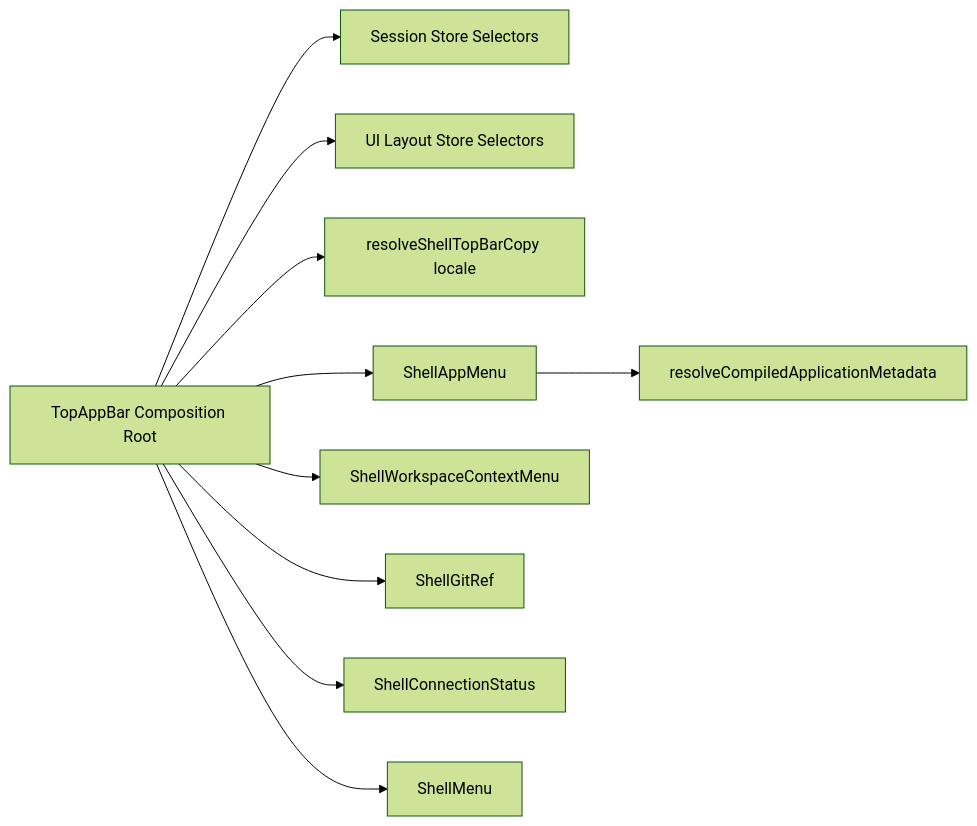
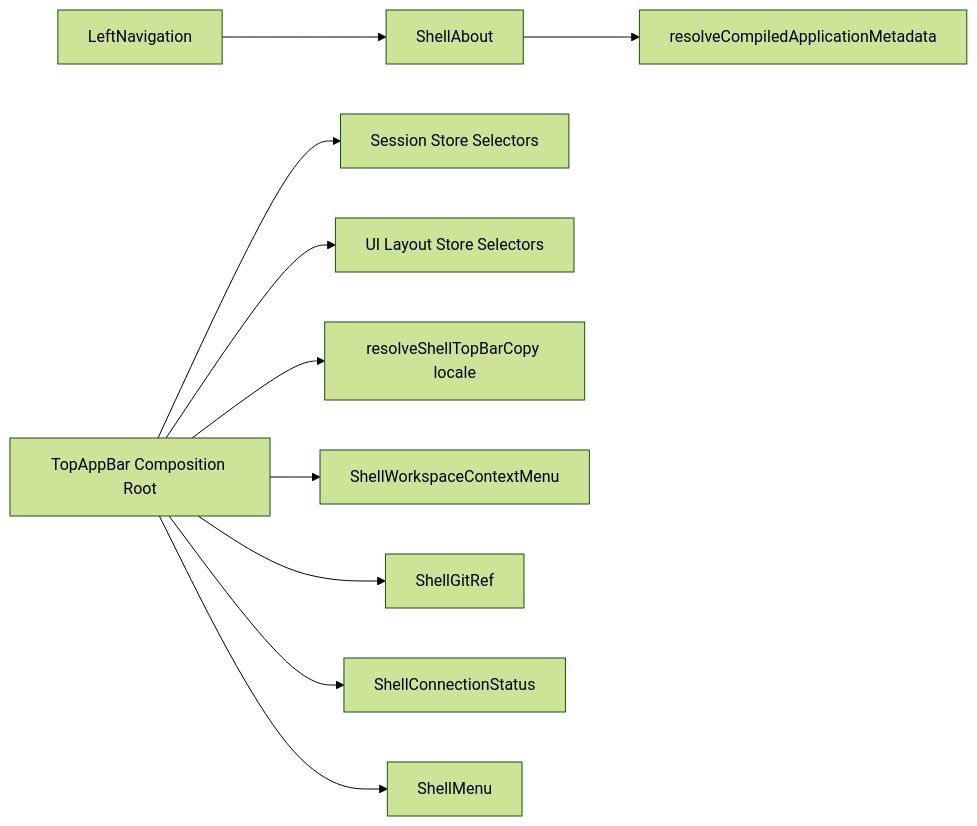
One commit to dunay2/dvt changed diagram 20 of 34 in docs/architecture/components/web/appshell/app-shell.md. Above: the diagram before and after it, drawn with Mermaid (forest theme). The commit also changed other lines of this file and 424 other files, not shown here.

````diff
--- a/docs/architecture/components/web/appshell/app-shell.md
+++ b/docs/architecture/components/web/appshell/app-shell.md
@@ -511,12 +841,12 @@
 ```mermaid
 flowchart LR
   A[TopAppBar Composition Root] --> B[Session Store Selectors]
   A --> C[UI Layout Store Selectors]
   A --> D[resolveShellTopBarCopy locale]
-  A --> E[ShellAppMenu]
+  Rail[LeftNavigation] --> E[ShellAbout]
   E --> I[resolveCompiledApplicationMetadata]
   A --> F[ShellWorkspaceContextMenu]
   A --> G[ShellGitRef]
   A --> H[ShellConnectionStatus]
   A --> J[ShellMenu]
 ```
````
